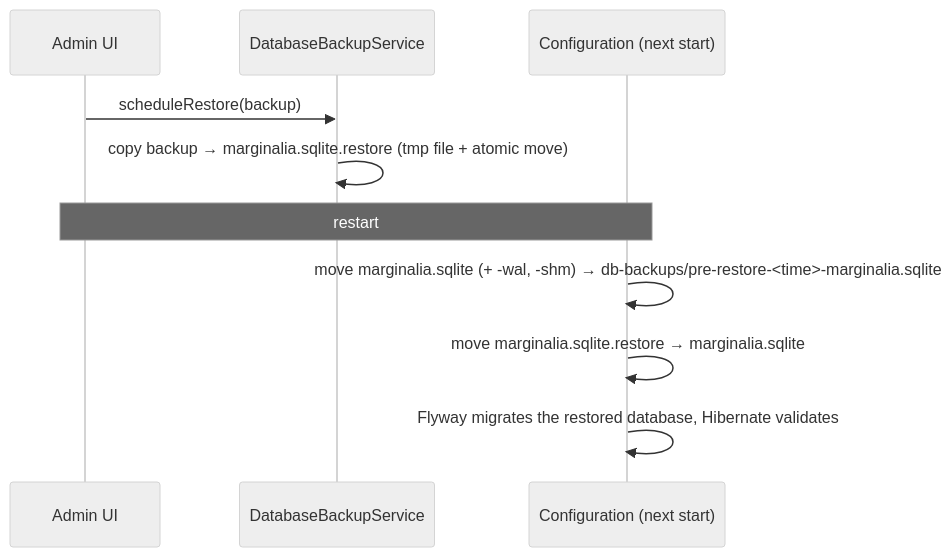
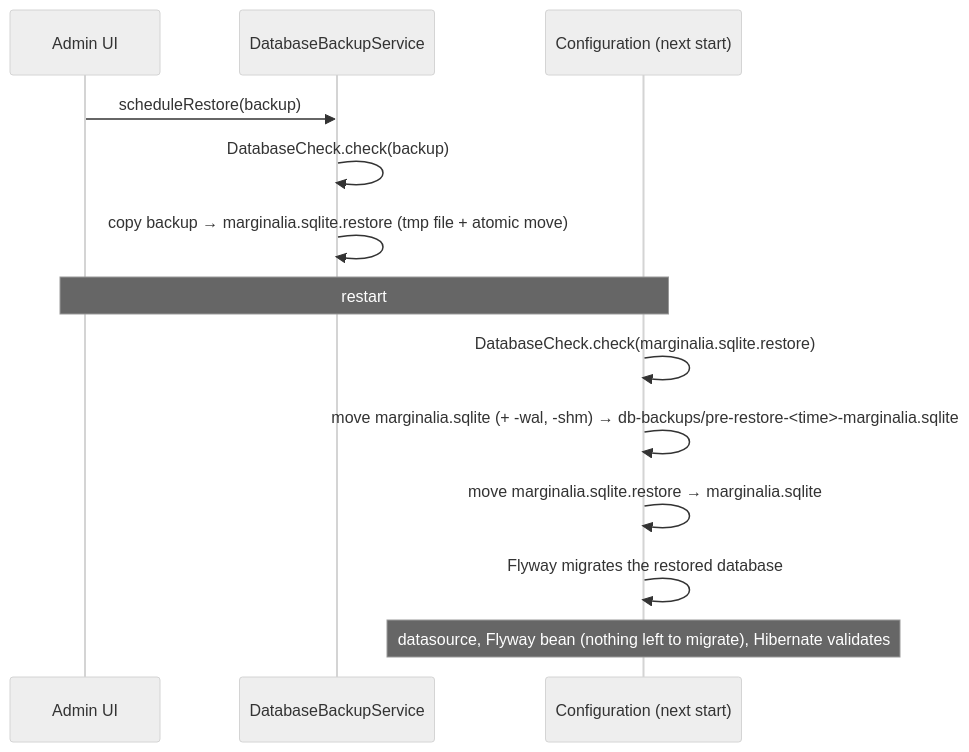
The second of 2 diagrams in manual/developer/database.md (Enerccio/Marginalia), drawn with Mermaid (neutral theme) before and after one commit. The commit also changed other lines of this file and 47 other files, not shown here.

Commit message:
update architecture docs to include session management details, clarify database encryption changes, enhance session tracking and UI handling descriptions, and remove references to outdated bug tracking practices

````diff
--- a/manual/developer/database.md
+++ b/manual/developer/database.md
@@ -245,12 +295,15 @@
 ```mermaid
 sequenceDiagram
     participant A as Admin UI
     participant B as DatabaseBackupService
     participant C as Configuration (next start)
     A->>B: scheduleRestore(backup)
+    B->>B: DatabaseCheck.check(backup)
     B->>B: copy backup → marginalia.sqlite.restore (tmp file + atomic move)
     Note over A,C: restart
+    C->>C: DatabaseCheck.check(marginalia.sqlite.restore)
     C->>C: move marginalia.sqlite (+ -wal, -shm) → db-backups/pre-restore-<time>-marginalia.sqlite
     C->>C: move marginalia.sqlite.restore → marginalia.sqlite
-    C->>C: Flyway migrates the restored database, Hibernate validates
+    C->>C: Flyway migrates the restored database
+    Note over C: datasource, Flyway bean (nothing left to migrate), Hibernate validates
 ```
````
